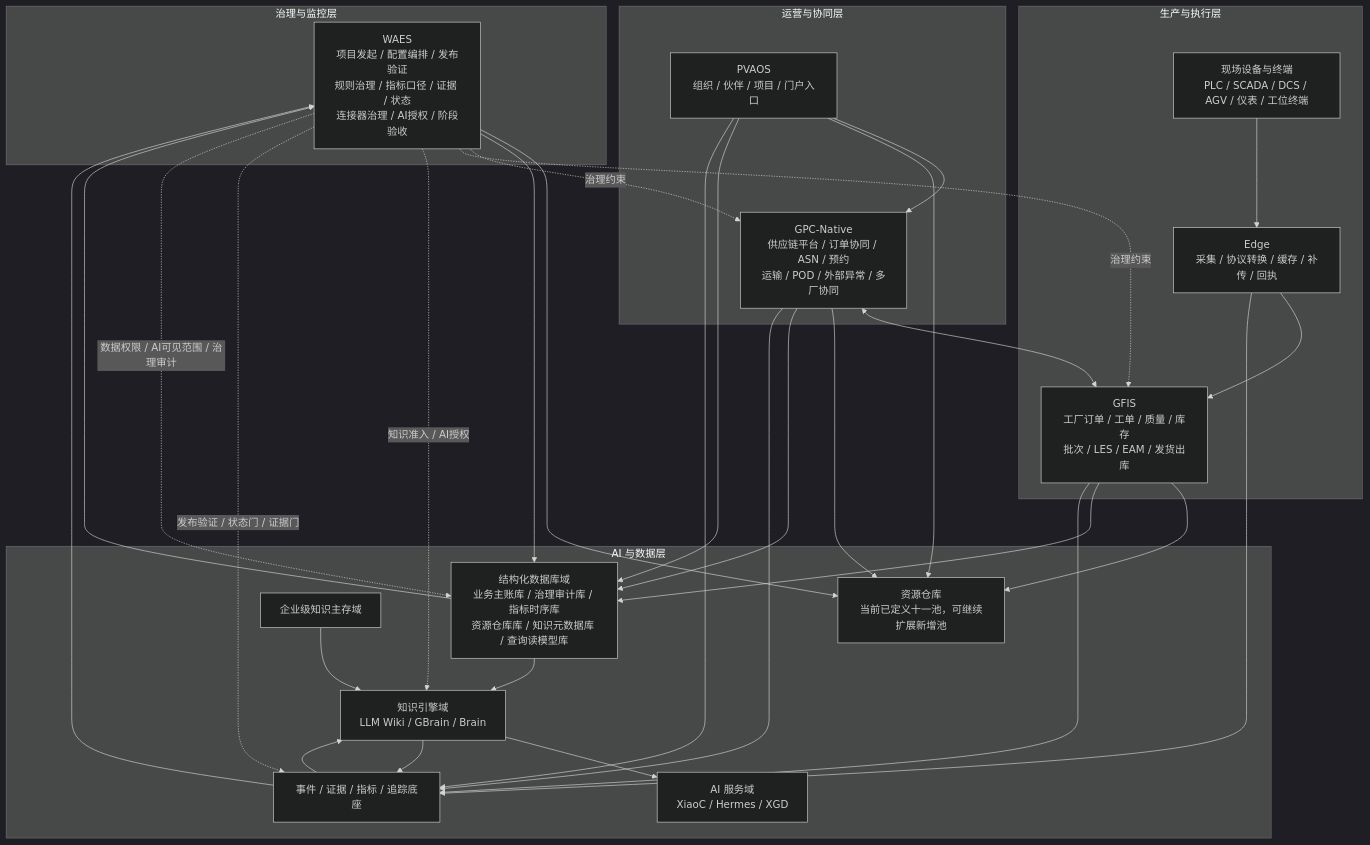
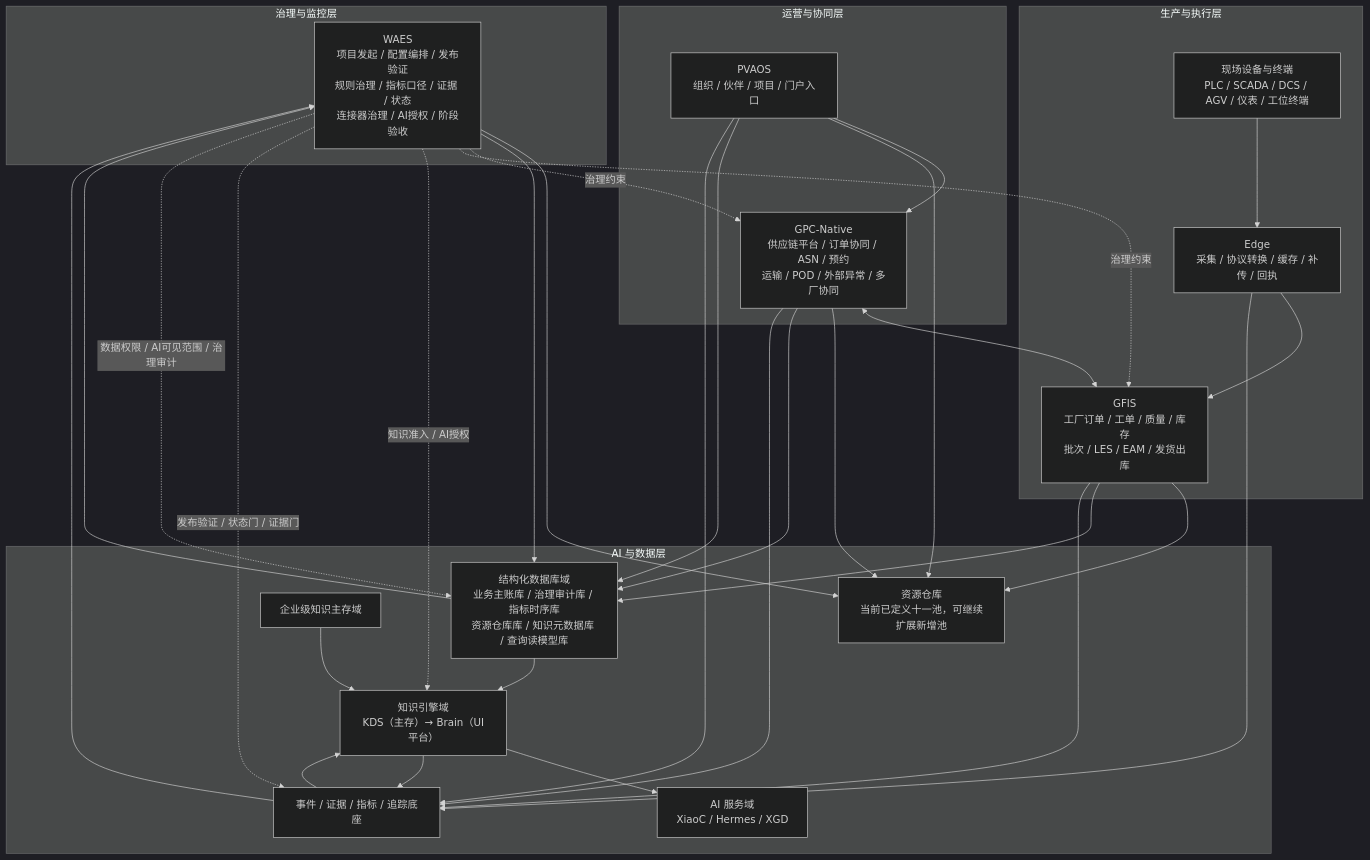
One commit to Jiumilu/GCGPCF changed the diagram in 01-architecture/GlobalCloud绿色供应链体系真实层次架构图.md. Above: the diagram before and after it, drawn with Mermaid (dark theme). The commit also changed 182 other files, not shown here.

````diff
--- a/01-architecture/GlobalCloud绿色供应链体系真实层次架构图.md
+++ b/01-architecture/GlobalCloud绿色供应链体系真实层次架构图.md
@@ -9,75 +9,75 @@
 ```mermaid
 flowchart TB
   subgraph L1["治理与监控层"]
     WAES["WAES
 项目发起 / 配置编排 / 发布验证
 规则治理 / 指标口径 / 证据 / 状态
 连接器治理 / AI授权 / 阶段验收"]
   end
 
   subgraph L2["运营与协同层"]
     PVAOS["PVAOS
 组织 / 伙伴 / 项目 / 门户入口"]
     GPC["GPC-Native
 供应链平台 / 订单协同 / ASN / 预约
 运输 / POD / 外部异常 / 多厂协同"]
   end
 
   subgraph L3["生产与执行层"]
     GFIS["GFIS
 工厂订单 / 工单 / 质量 / 库存
 批次 / LES / EAM / 发货出库"]
     EDGE["Edge
 采集 / 协议转换 / 缓存 / 补传 / 回执"]
     OT["现场设备与终端
 PLC / SCADA / DCS / AGV / 仪表 / 工位终端"]
   end
 
   subgraph L4["AI 与数据层"]
     POOLS["资源仓库
 当前已定义十一池，可继续扩展新增池"]
     DB["结构化数据库域
 业务主账库 / 治理审计库 / 指标时序库
 资源仓库库 / 知识元数据库 / 查询读模型库"]
     KMS["企业级知识主存域"]
     KE["知识引擎域
-LLM Wiki / GBrain / Brain"]
+KDS（主存）→ Brain（UI平台）"]
     AI["AI 服务域
 XiaoC / Hermes / XGD"]
     DATA["事件 / 证据 / 指标 / 追踪底座"]
   end
 
   PVAOS --> GPC
   GPC <--> GFIS
   OT --> EDGE --> GFIS
 
   PVAOS --> POOLS
   GPC --> POOLS
   GFIS --> POOLS
   WAES --> POOLS
 
   PVAOS --> DB
   GPC --> DB
   GFIS --> DB
   WAES --> DB
 
   KMS --> KE
   KE --> AI
 
   PVAOS --> DATA
   GPC --> DATA
   GFIS --> DATA
   EDGE --> DATA
   KE --> DATA
 
   DATA --> WAES
   DATA --> KE
   DB --> WAES
   DB --> KE
 
   WAES -. 治理约束 .-> GPC
   WAES -. 治理约束 .-> GFIS
   WAES -. 知识准入 / AI授权 .-> KE
   WAES -. 发布验证 / 状态门 / 证据门 .-> DATA
   WAES -. 数据权限 / AI可见范围 / 治理审计 .-> DB
 ```
````
